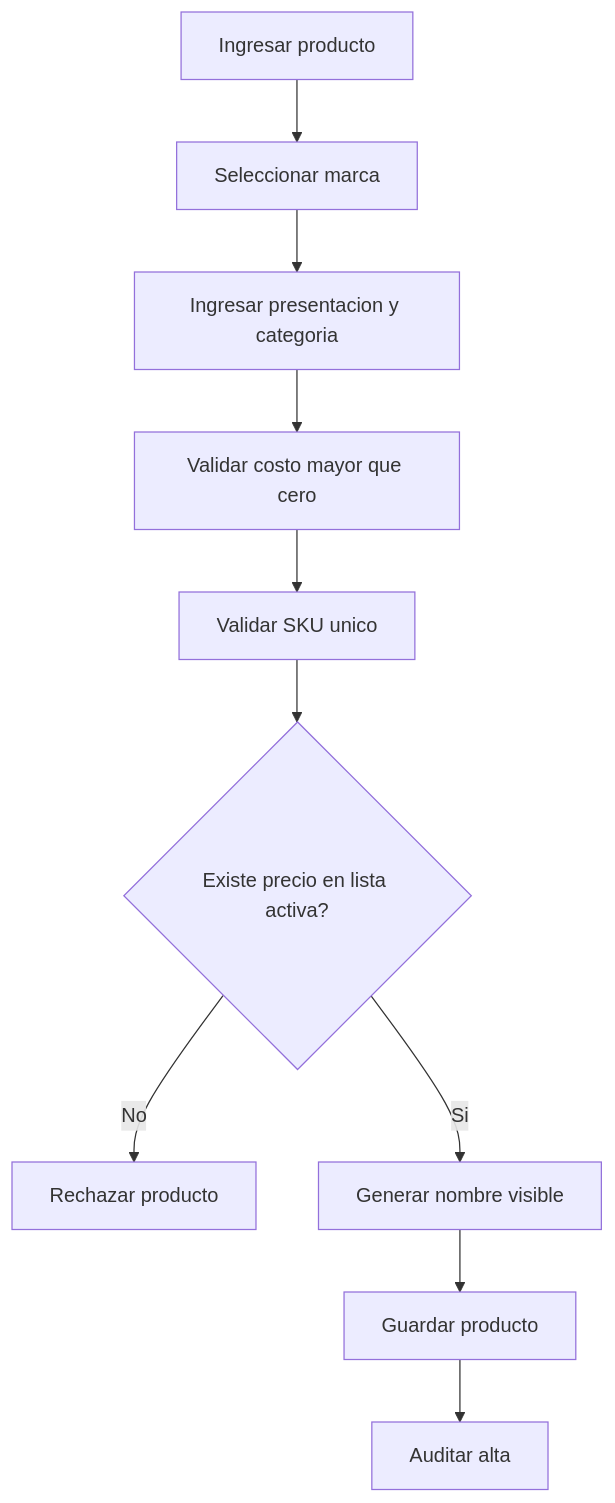
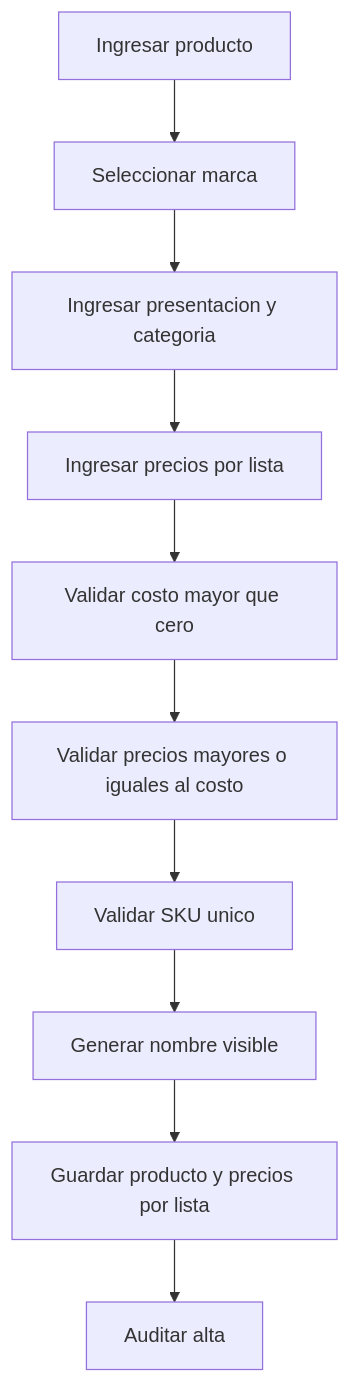
The diagram in docs/diagrams/catalog/flow-create-product.md (Martinrc93/distribuidoraCore), drawn with Mermaid before and after one commit. The commit also changed other lines of this file and 149 other files, not shown here.

````diff
--- a/docs/diagrams/catalog/flow-create-product.md
+++ b/docs/diagrams/catalog/flow-create-product.md
@@ -3,12 +5,12 @@
 ```mermaid
 flowchart TD
     A[Ingresar producto] --> B[Seleccionar marca]
     B --> C[Ingresar presentacion y categoria]
-    C --> D[Validar costo mayor que cero]
-    D --> E[Validar SKU unico]
-    E --> F{Existe precio en lista activa?}
-    F -->|No| G[Rechazar producto]
-    F -->|Si| H[Generar nombre visible]
-    H --> I[Guardar producto]
+    C --> D[Ingresar precios por lista]
+    D --> E[Validar costo mayor que cero]
+    E --> F[Validar precios mayores o iguales al costo]
+    F --> G[Validar SKU unico]
+    G --> H[Generar nombre visible]
+    H --> I[Guardar producto y precios por lista]
     I --> J[Auditar alta]
 ```
````
